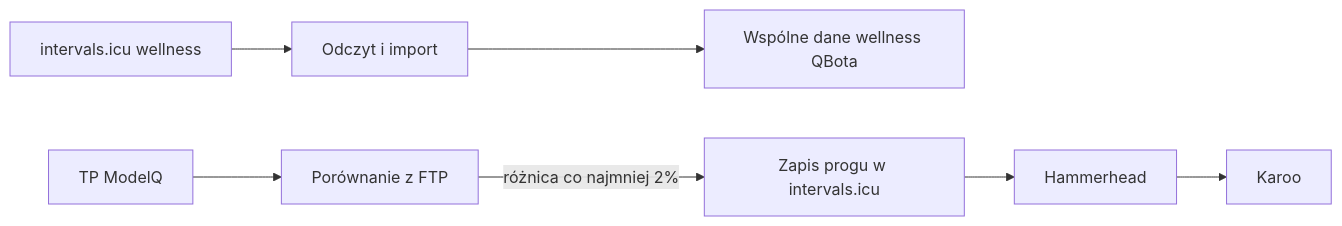
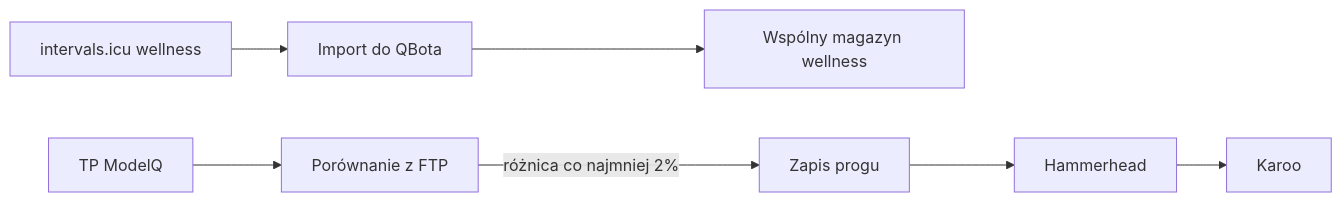
Before and after one commit to QbotMS/QbotQ: the diagram in docs/wiki/polaczenia/intervals-icu.md, drawn with Mermaid. The commit also changed other lines of this file and 153 other files, not shown here.

````diff
--- a/docs/wiki/polaczenia/intervals-icu.md
+++ b/docs/wiki/polaczenia/intervals-icu.md
@@ -45,9 +46,9 @@
 ```mermaid
 flowchart LR
-  A[intervals.icu wellness] --> B[Odczyt i import]
-  B --> C[Wspólne dane wellness QBota]
+  A[intervals.icu wellness] --> B[Import do QBota]
+  B --> C[Wspólny magazyn wellness]
   D[TP ModelQ] --> E[Porównanie z FTP]
-  E -->|różnica co najmniej 2%| F[Zapis progu w intervals.icu]
+  E -->|różnica co najmniej 2%| F[Zapis progu]
   F --> G[Hammerhead]
   G --> H[Karoo]
 ```
````
